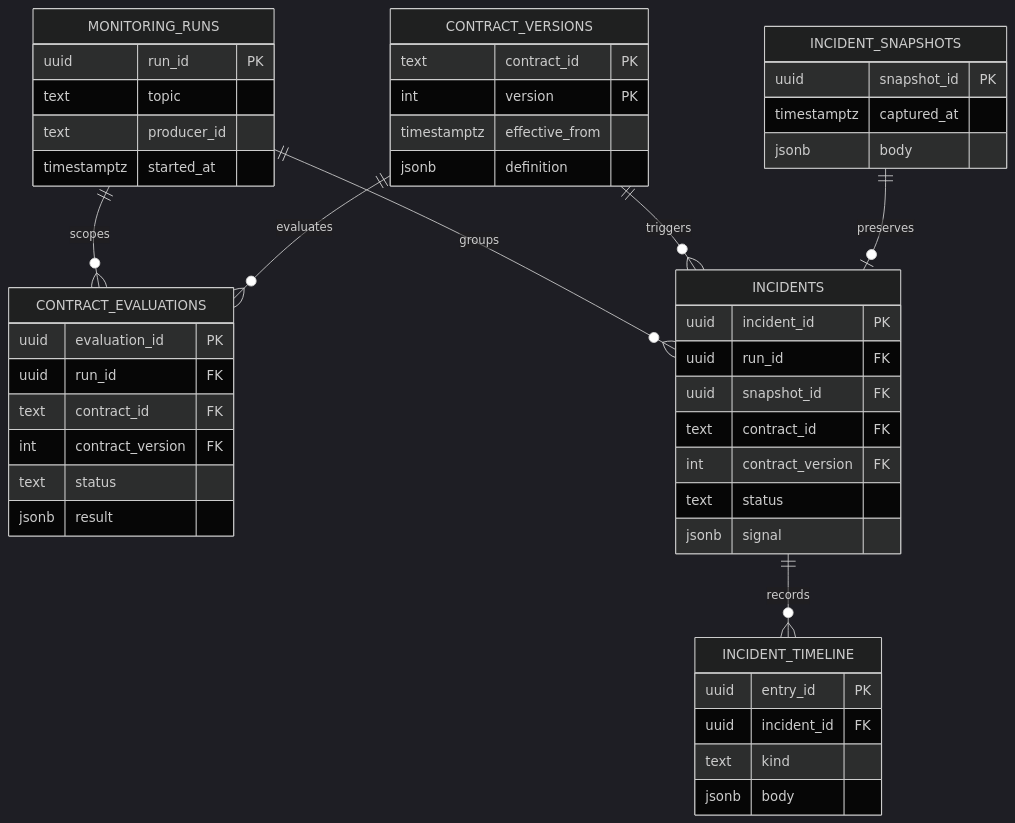
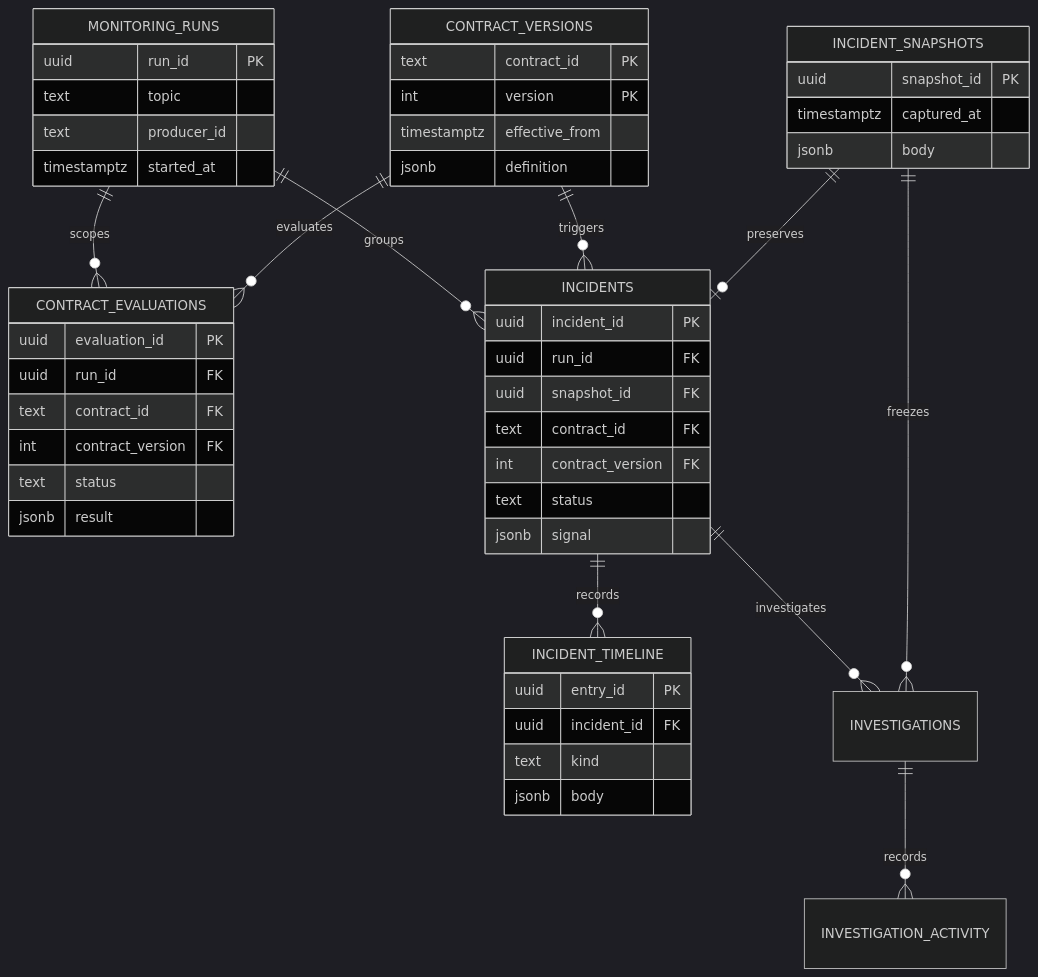
The diagram in docs/architecture/data-model.md (dirdr/choker2kafka), drawn with Mermaid (dark theme) before and after one commit. The commit also changed other lines of this file and 28 other files, not shown here.

````diff
--- a/docs/architecture/data-model.md
+++ b/docs/architecture/data-model.md
@@ -20,49 +22,52 @@
 ```mermaid
 erDiagram
     MONITORING_RUNS ||--o{ CONTRACT_EVALUATIONS : scopes
     CONTRACT_VERSIONS ||--o{ CONTRACT_EVALUATIONS : evaluates
     MONITORING_RUNS ||--o{ INCIDENTS : groups
     CONTRACT_VERSIONS ||--o{ INCIDENTS : triggers
     INCIDENT_SNAPSHOTS ||--o| INCIDENTS : preserves
     INCIDENTS ||--o{ INCIDENT_TIMELINE : records
+    INCIDENTS ||--o{ INVESTIGATIONS : investigates
+    INCIDENT_SNAPSHOTS ||--o{ INVESTIGATIONS : freezes
+    INVESTIGATIONS ||--o{ INVESTIGATION_ACTIVITY : records
     MONITORING_RUNS {
         uuid run_id PK
         text topic
         text producer_id
         timestamptz started_at
     }
     CONTRACT_VERSIONS {
         text contract_id PK
         int version PK
         timestamptz effective_from
         jsonb definition
     }
     CONTRACT_EVALUATIONS {
         uuid evaluation_id PK
         uuid run_id FK
         text contract_id FK
         int contract_version FK
         text status
         jsonb result
     }
     INCIDENTS {
         uuid incident_id PK
         uuid run_id FK
         uuid snapshot_id FK
         text contract_id FK
         int contract_version FK
         text status
         jsonb signal
     }
     INCIDENT_SNAPSHOTS {
         uuid snapshot_id PK
         timestamptz captured_at
         jsonb body
     }
     INCIDENT_TIMELINE {
         uuid entry_id PK
         uuid incident_id FK
         text kind
         jsonb body
     }
 ```
````
